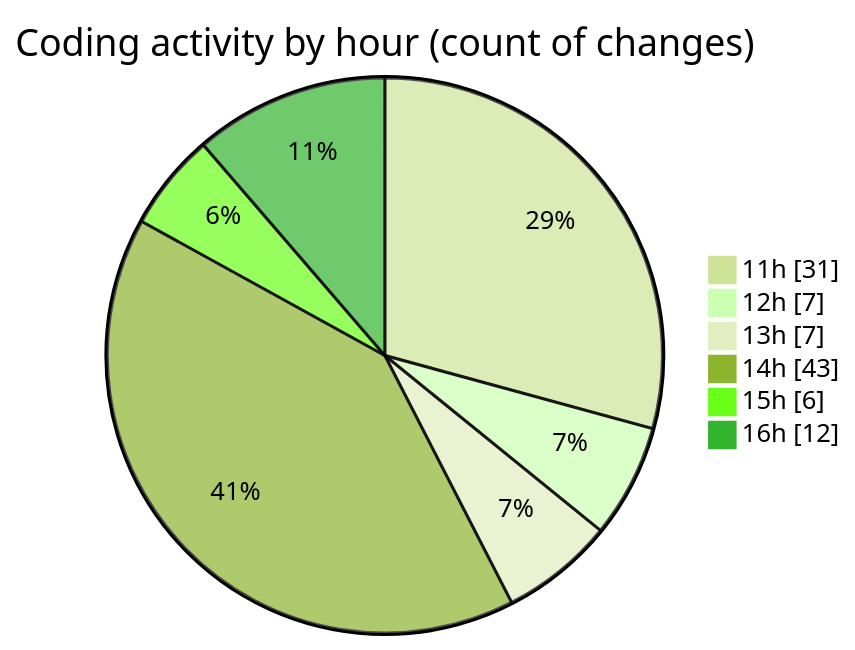
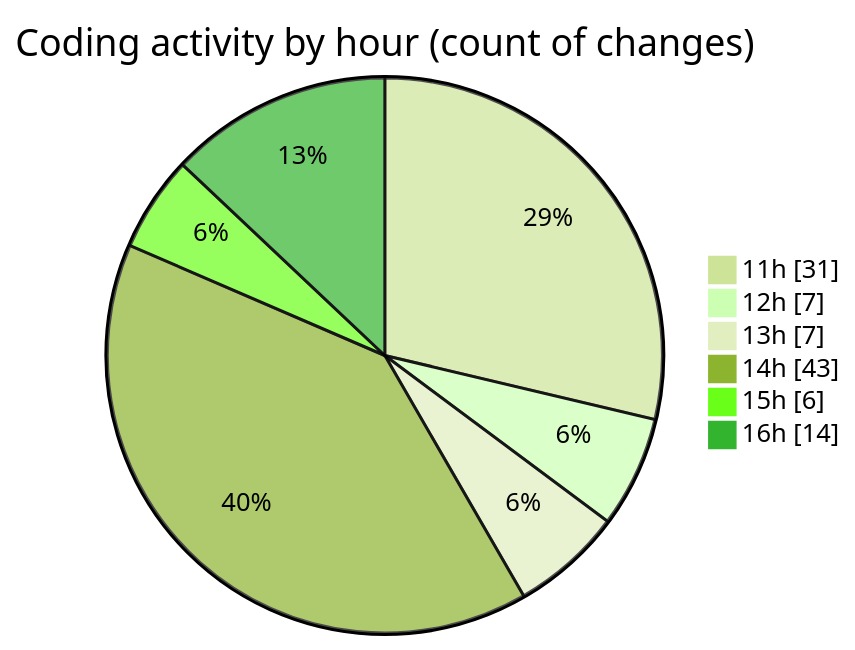
The second of 2 diagrams in 2025-07-23/nxtqube_webapp/README.md (nxtqubesakshisongat/code-tracking), drawn with Mermaid (forest theme) before and after one commit. The commit also changed other lines of this file and 1 other file, not shown here.

````diff
--- a/2025-07-23/nxtqube_webapp/README.md
+++ b/2025-07-23/nxtqube_webapp/README.md
@@ -62,10 +64,10 @@
 ```mermaid
 pie showData
 title Coding activity by hour (count of changes)
 "11h" : 31
 "12h" : 7
 "13h" : 7
 "14h" : 43
 "15h" : 6
-"16h" : 12
+"16h" : 14
 ```
````
